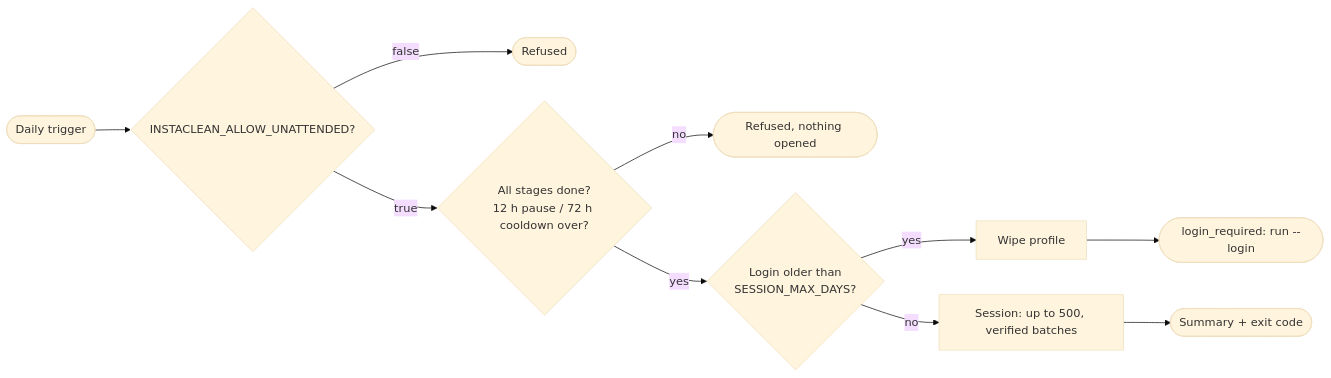
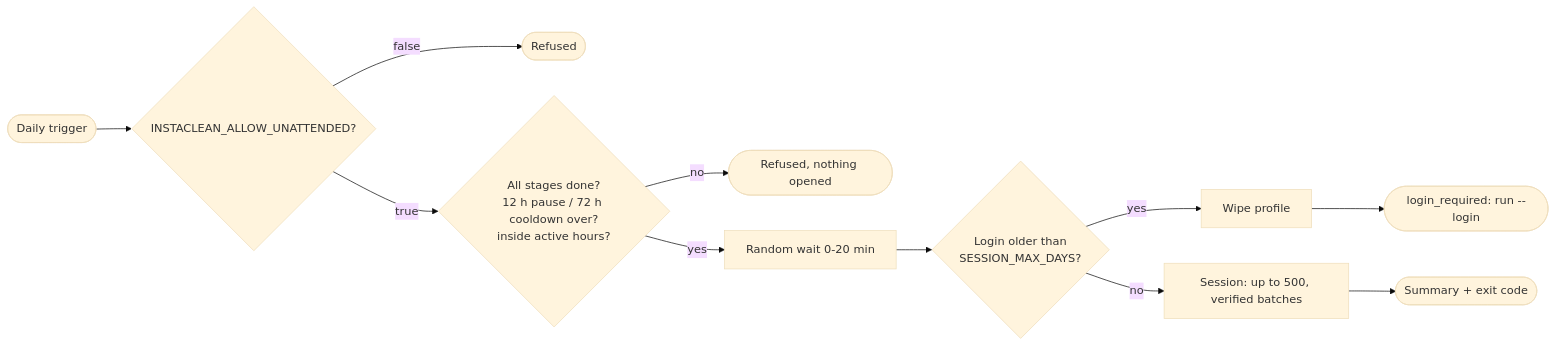
Before and after one commit to Mr-Hodler/Instaclean: the sixth of 8 diagrams in README.md, drawn with Mermaid (base theme). The commit also changed other lines of this file and 9 other files, not shown here.

````diff
--- a/README.md
+++ b/README.md
@@ -286,11 +303,12 @@
 ```mermaid
 flowchart LR
     T([Daily trigger]) --> C{INSTACLEAN_ALLOW_UNATTENDED?}
     C -->|false| X1([Refused])
-    C -->|true| G{All stages done?<br/>12 h pause / 72 h cooldown over?}
+    C -->|true| G{All stages done?<br/>12 h pause / 72 h cooldown over?<br/>inside active hours?}
     G -->|no| X2([Refused, nothing opened])
-    G -->|yes| E{Login older than<br/>SESSION_MAX_DAYS?}
+    G -->|yes| J[Random wait 0-20 min] --> E
+    E{Login older than<br/>SESSION_MAX_DAYS?}
     E -->|yes| W[Wipe profile] --> L([login_required: run --login])
     E -->|no| S[Session: up to 500, verified batches]
     S --> R([Summary + exit code])
 ```
````
